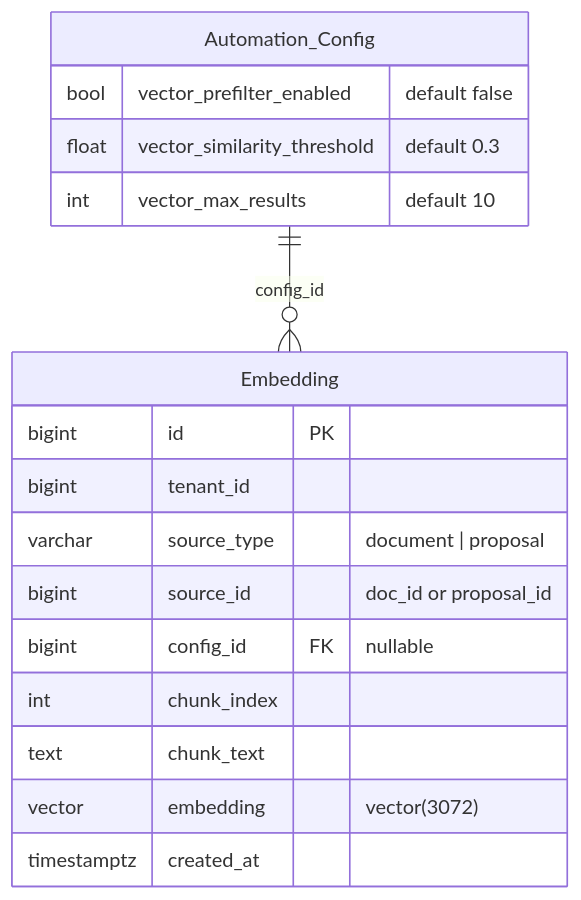
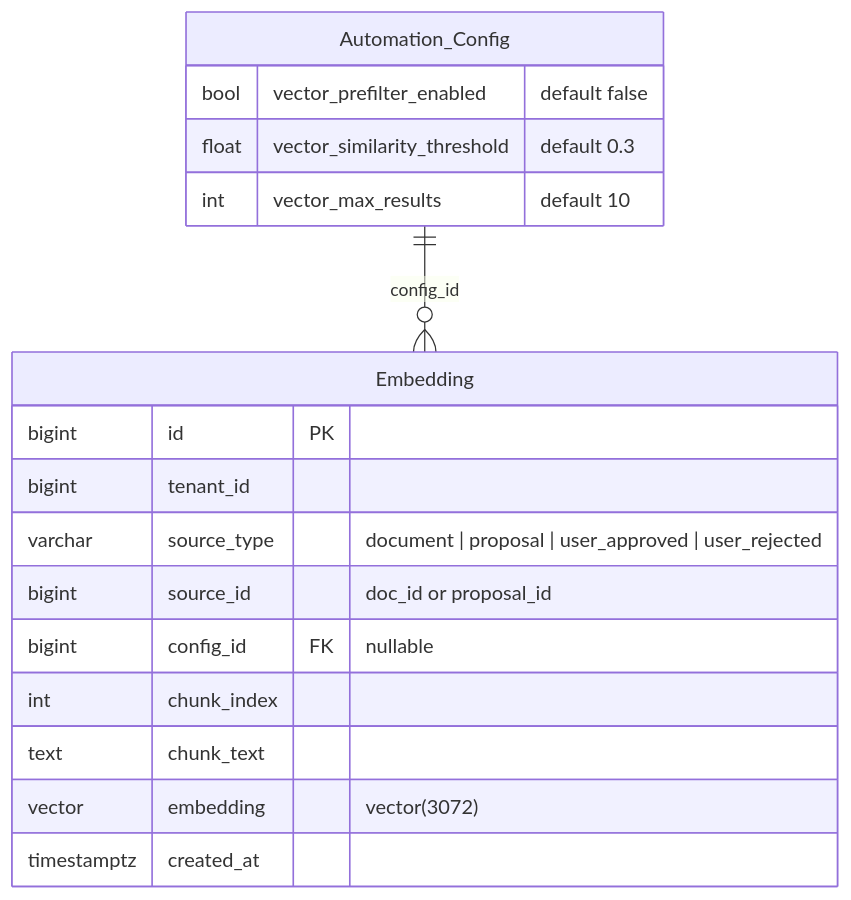
Before and after one commit to hubenschmidt/pina-colada: diagram 11 of 11 in README.md, drawn with Mermaid. The commit also changed other lines of this file and 6 other files, not shown here.

Commit message:
embed user feedback on proposal loop

````diff
--- a/README.md
+++ b/README.md
@@ -392,22 +430,22 @@
 ```mermaid
 erDiagram
     Automation_Config {
         bool vector_prefilter_enabled "default false"
         float vector_similarity_threshold "default 0.3"
         int vector_max_results "default 10"
     }
 
     Embedding {
         bigint id PK
         bigint tenant_id
-        varchar source_type "document | proposal"
+        varchar source_type "document | proposal | user_approved | user_rejected"
         bigint source_id "doc_id or proposal_id"
         bigint config_id FK "nullable"
         int chunk_index
         text chunk_text
         vector embedding "vector(3072)"
         timestamptz created_at
     }
 
     Automation_Config ||--o{ Embedding : "config_id"
 ```
````
